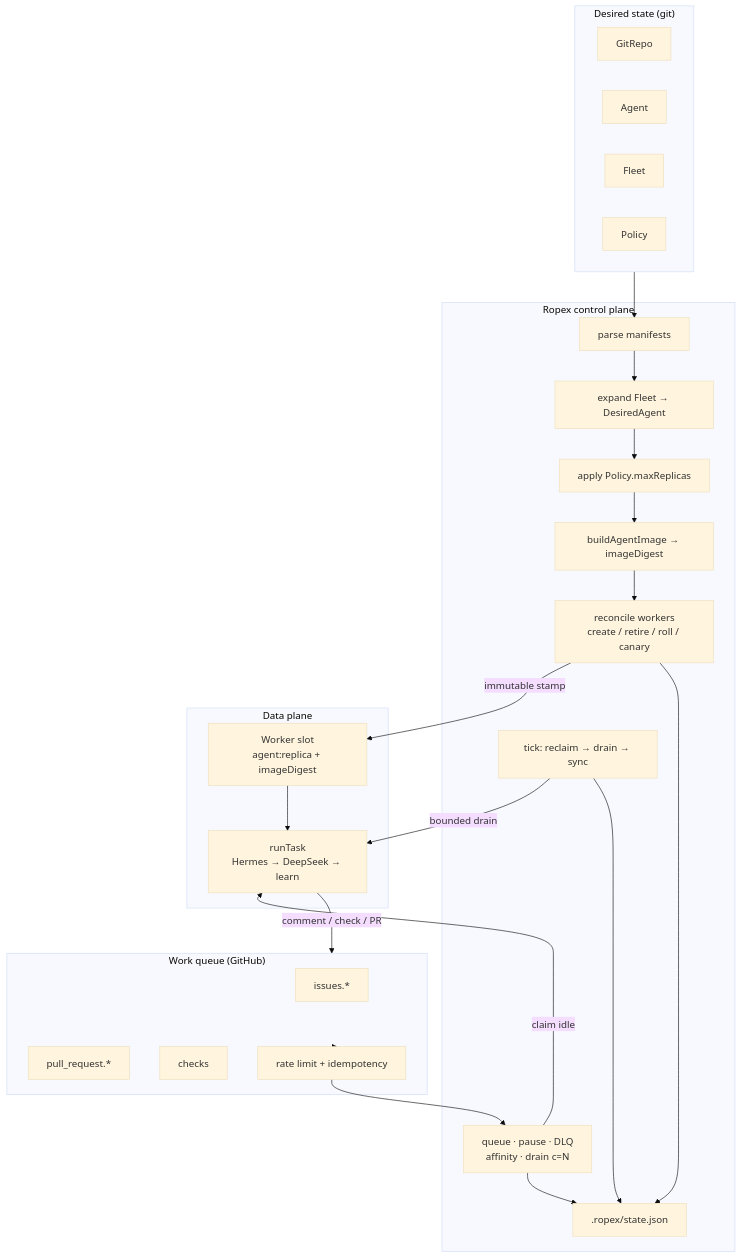
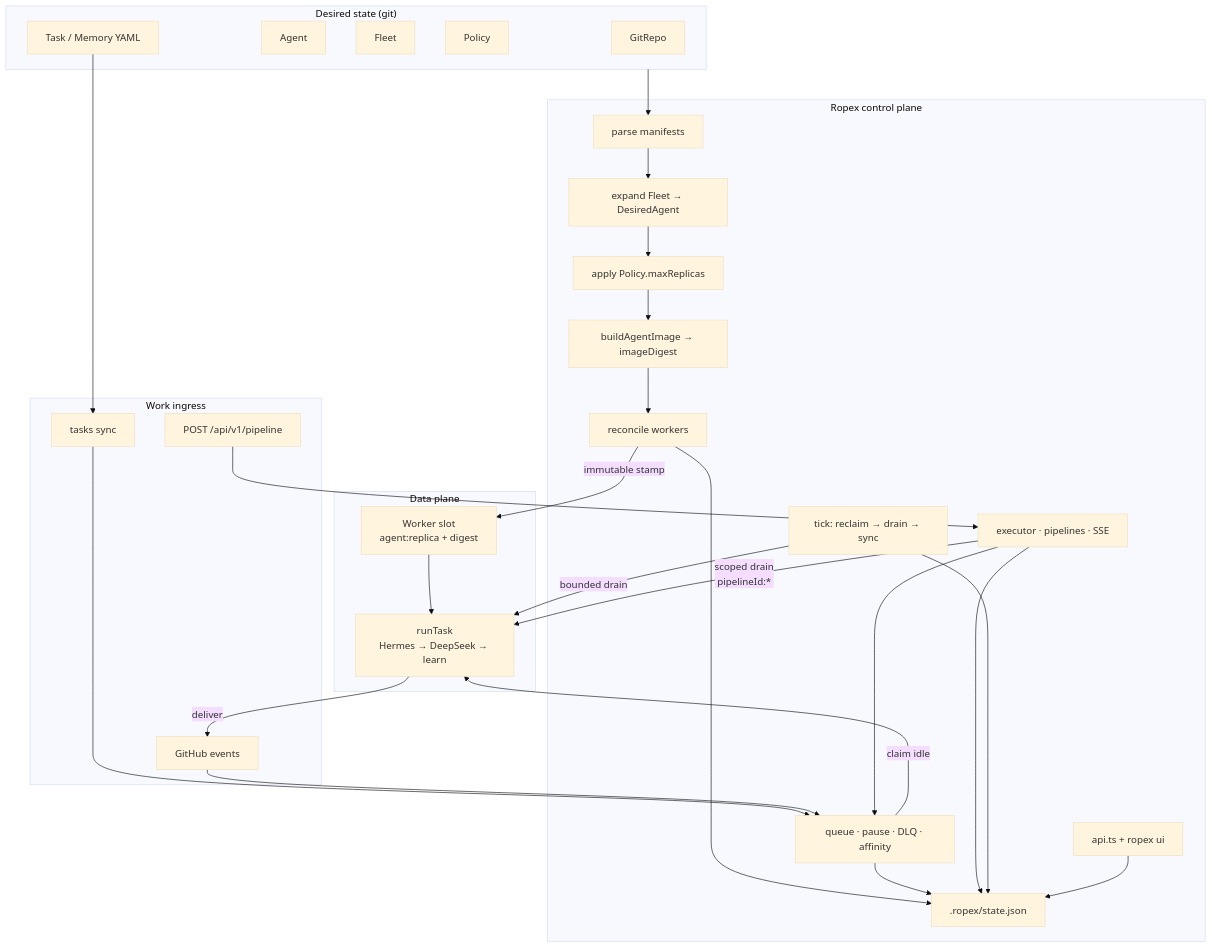
One commit to amirsdream/ropex changed the first of 11 diagrams in docs/architecture.md. Above: the diagram before and after it, drawn with Mermaid (base theme). The commit also changed other lines of this file and 11 other files, not shown here.

First line of the commit message:
docs: deep README + architecture diagrams, control-plane UI guide

````diff
--- a/docs/architecture.md
+++ b/docs/architecture.md
@@ -7,43 +9,50 @@
 ```mermaid
 flowchart TB
   subgraph Desired["Desired state (git)"]
     GR["GitRepo"]
     AG["Agent"]
     FL["Fleet"]
     PO["Policy"]
+    TK["Task / Memory YAML"]
   end
 
-  subgraph Queue["Work queue (GitHub)"]
-    ISS["issues.*"]
-    PR["pull_request.*"]
-    CHK["checks"]
-    RL["rate limit + idempotency"]
+  subgraph Ingress["Work ingress"]
+    ISS["GitHub events"]
+    TQ["tasks sync"]
+    EXT["POST /api/v1/pipeline"]
   end
 
   subgraph Control["Ropex control plane"]
     PARSE["parse manifests"]
     EXP["expand Fleet → DesiredAgent"]
     CAP["apply Policy.maxReplicas"]
     IMG["buildAgentImage → imageDigest"]
-    REC["reconcile workers\ncreate / retire / roll / canary"]
-    SCH["queue · pause · DLQ\naffinity · drain c=N"]
+    REC["reconcile workers"]
+    SCH["queue · pause · DLQ · affinity"]
+    EXEC["executor · pipelines · SSE"]
     TICK["tick: reclaim → drain → sync"]
+    UI["api.ts + ropex ui"]
     STATE[".ropex/state.json"]
     PARSE --> EXP --> CAP --> IMG --> REC --> STATE
     SCH --> STATE
+    EXEC --> STATE
     TICK --> STATE
+    UI --> STATE
   end
 
   subgraph Data["Data plane"]
-    W["Worker slot\nagent:replica + imageDigest"]
+    W["Worker slot\nagent:replica + digest"]
     RT["runTask\nHermes → DeepSeek → learn"]
     W --> RT
   end
 
   Desired --> PARSE
-  Queue --> RL --> SCH
+  TK --> TQ --> SCH
+  ISS --> SCH
+  EXT --> EXEC --> SCH
   REC -->|"immutable stamp"| W
   SCH -->|"claim idle"| RT
   TICK -->|"bounded drain"| RT
-  RT -->|"comment / check / PR"| Queue
+  EXEC -->|"scoped drain\npipelineId:*"| RT
+  RT -->|"deliver"| ISS
 ```
````
